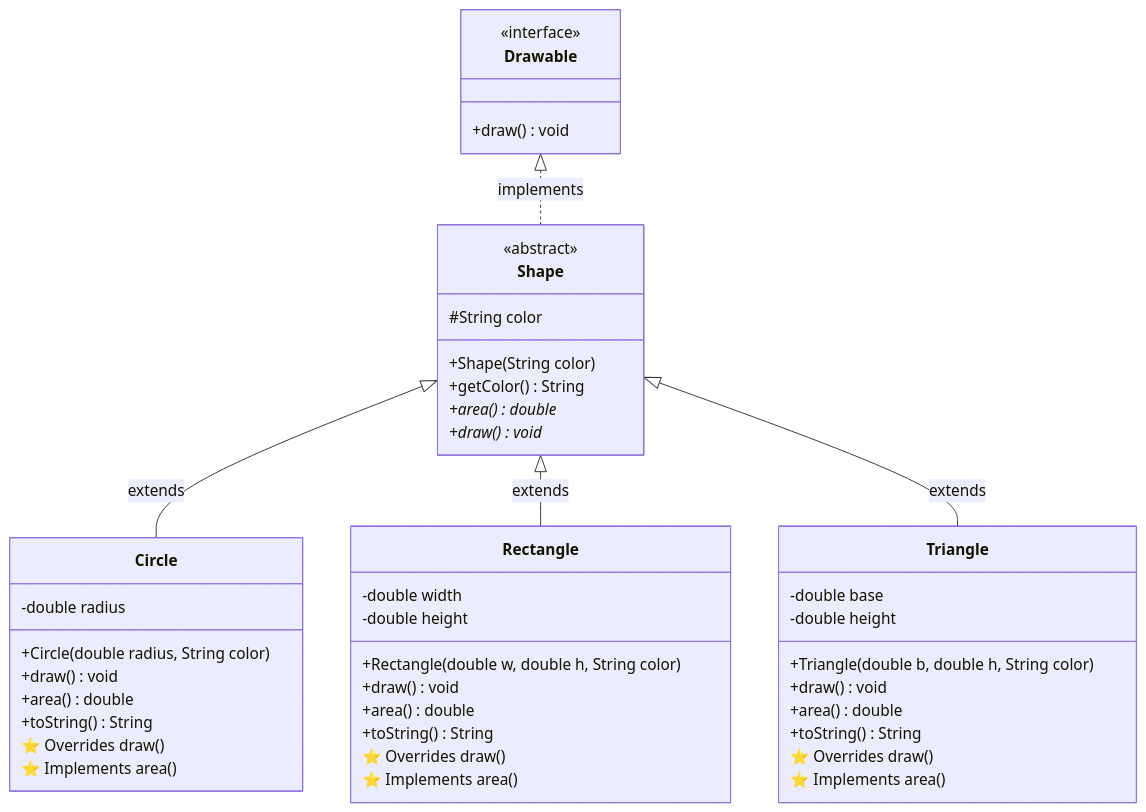
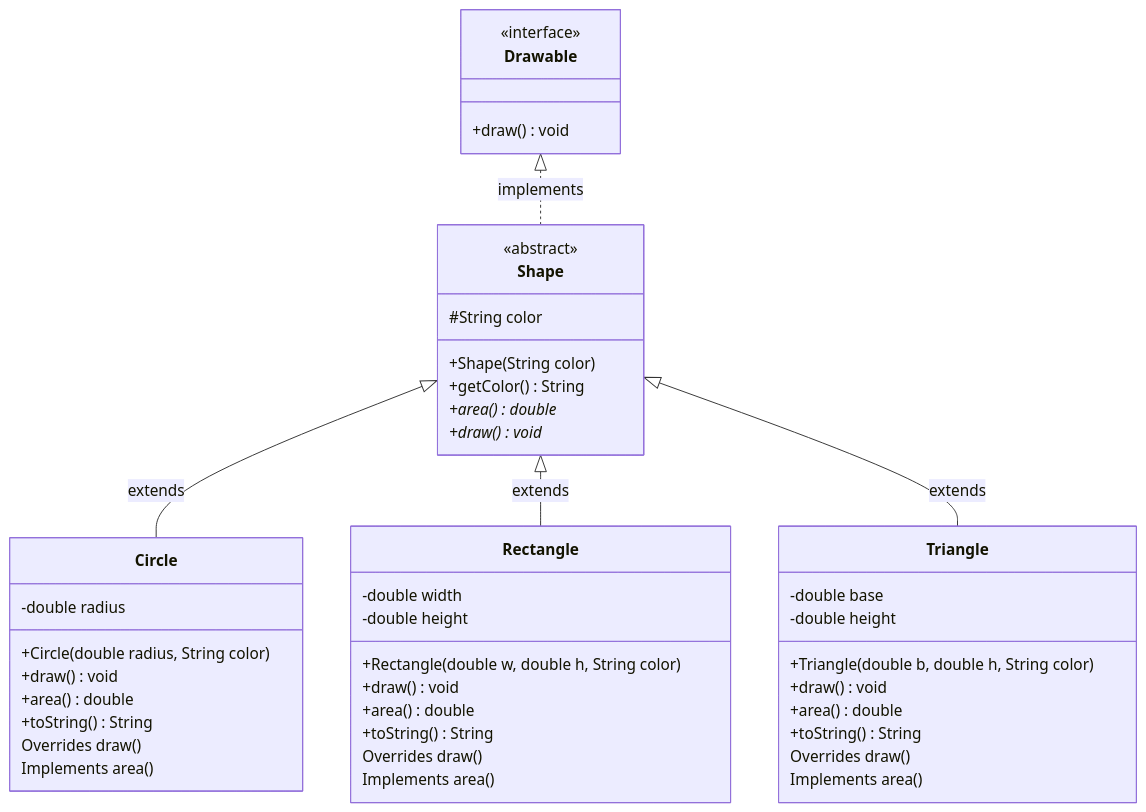
One commit to stravos97/java-documentation-notes changed the third of 5 diagrams in 02-oop/02-inheritance.md. Above: the diagram before and after it, drawn with Mermaid. The commit also changed 21 other files, not shown here.

````diff
--- a/02-oop/02-inheritance.md
+++ b/02-oop/02-inheritance.md
@@ -450,56 +450,56 @@
 ```mermaid
 classDiagram
     class Drawable {
         <<interface>>
         +draw() void
     }
     
     class Shape {
         <<abstract>>
         #String color
         +Shape(String color)
         +getColor() String
         +area()* double
         +draw()* void
     }
     
     class Circle {
         -double radius
         +Circle(double radius, String color)
         +draw() void
         +area() double
         +toString() String
     }
     
     class Rectangle {
         -double width
         -double height
         +Rectangle(double w, double h, String color)
         +draw() void
         +area() double
         +toString() String
     }
     
     class Triangle {
         -double base
         -double height
         +Triangle(double b, double h, String color)
         +draw() void
         +area() double
         +toString() String
     }
     
     %% Inheritance relationships
     Drawable <|.. Shape : implements
     Shape <|-- Circle : extends
     Shape <|-- Rectangle : extends
     Shape <|-- Triangle : extends
     
     %% Method overriding indicators
-    Circle : ⭐ Overrides draw()
-    Circle : ⭐ Implements area()
-    Rectangle : ⭐ Overrides draw()
-    Rectangle : ⭐ Implements area()
-    Triangle : ⭐ Overrides draw()
-    Triangle : ⭐ Implements area()
+    Circle : Overrides draw()
+    Circle : Implements area()
+    Rectangle : Overrides draw()
+    Rectangle : Implements area()
+    Triangle : Overrides draw()
+    Triangle : Implements area()
 ```
````
